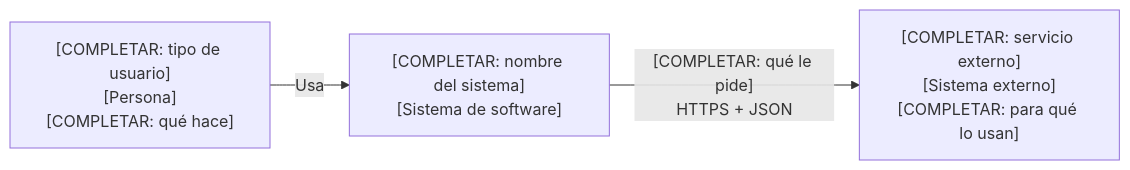
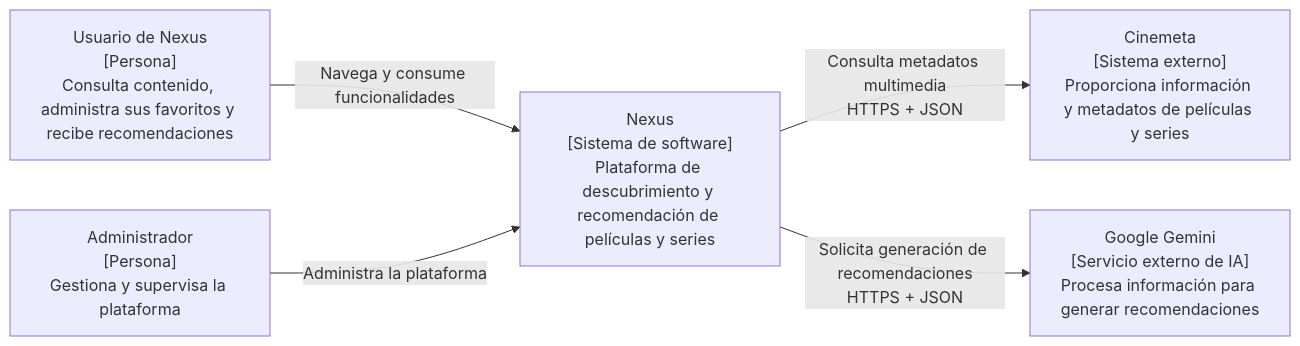
One commit to RAH-013/P_Final changed the first of 2 diagrams in docs/arquitectura.md. Above: the diagram before and after it, drawn with Mermaid. The commit also changed other lines of this file and 22 other files, not shown here.

````diff
--- a/docs/arquitectura.md
+++ b/docs/arquitectura.md
@@ -10,8 +7,17 @@
 ```mermaid
 flowchart LR
-    persona1["[COMPLETAR: tipo de usuario]<br/>[Persona]<br/>[COMPLETAR: qué hace]"]
-    sistema["[COMPLETAR: nombre del sistema]<br/>[Sistema de software]"]
-    externo["[COMPLETAR: servicio externo]<br/>[Sistema externo]<br/>[COMPLETAR: para qué lo usan]"]
-    persona1 -->|"Usa"| sistema
-    sistema -->|"[COMPLETAR: qué le pide]<br/>HTTPS + JSON"| externo
+    usuario["Usuario de Nexus<br/>[Persona]<br/>Consulta contenido, administra sus favoritos y recibe recomendaciones"]
+
+    admin["Administrador<br/>[Persona]<br/>Gestiona y supervisa la plataforma"]
+
+    nexus["Nexus<br/>[Sistema de software]<br/>Plataforma de descubrimiento y recomendación de películas y series"]
+
+    cinemeta["Cinemeta<br/>[Sistema externo]<br/>Proporciona información y metadatos de películas y series"]
+
+    gemini["Google Gemini<br/>[Servicio externo de IA]<br/>Procesa información para generar recomendaciones"]
+
+    usuario -->|"Navega y consume funcionalidades"| nexus
+    admin -->|"Administra la plataforma"| nexus
+    nexus -->|"Consulta metadatos multimedia<br/>HTTPS + JSON"| cinemeta
+    nexus -->|"Solicita generación de recomendaciones<br/>HTTPS + JSON"| gemini
 ```
````
